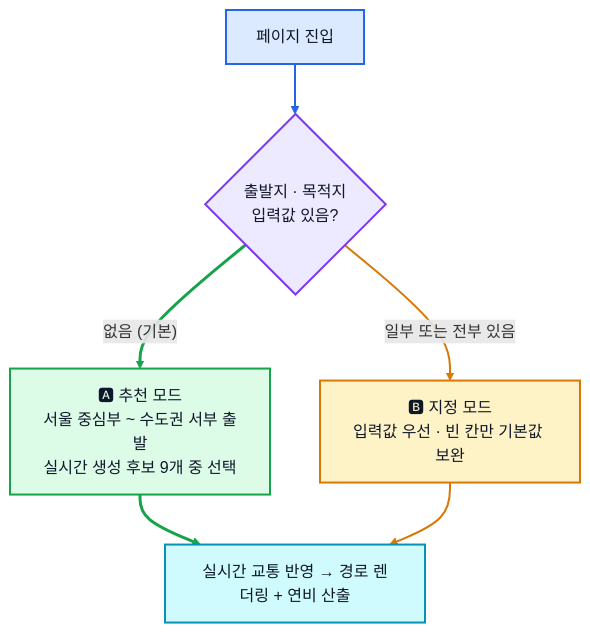
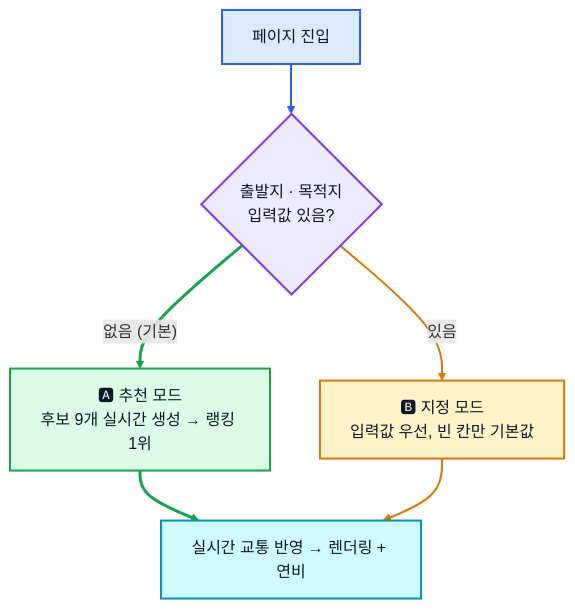
One commit to rome777/aiffel_test changed the first of 4 diagrams in README.md. Above: the diagram before and after it, drawn with Mermaid. The commit also changed other lines of this file and 1 other file, not shown here.

````diff
--- a/README.md
+++ b/README.md
@@ -26,24 +18,22 @@
 ```mermaid
 graph TD
     A["페이지 진입"] --> B{"출발지 · 목적지<br/>입력값 있음?"}
-    B -- "없음 (기본)" --> C["🅰 추천 모드<br/>서울 중심부 ~ 수도권 서부 출발<br/>실시간 생성 후보 9개 중 선택"]
-    B -- "일부 또는 전부 있음" --> D["🅱 지정 모드<br/>입력값 우선 · 빈 칸만 기본값 보완"]
-    C --> E["실시간 교통 반영 → 경로 렌더링 + 연비 산출"]
+    B -- "없음 (기본)" --> C["🅰 추천 모드<br/>후보 9개 실시간 생성 → 랭킹 1위"]
+    B -- "있음" --> D["🅱 지정 모드<br/>입력값 우선, 빈 칸만 기본값"]
+    C --> E["실시간 교통 반영 → 렌더링 + 연비"]
     D --> E
 
-    classDef entry  fill:#dbeafe,stroke:#2563eb,stroke-width:2px,color:#0f172a
+    classDef entry fill:#dbeafe,stroke:#2563eb,stroke-width:2px,color:#0f172a
     classDef decide fill:#ede9fe,stroke:#7c3aed,stroke-width:2px,color:#0f172a
-    classDef rec    fill:#dcfce7,stroke:#16a34a,stroke-width:2px,color:#0f172a
+    classDef rec fill:#dcfce7,stroke:#16a34a,stroke-width:2px,color:#0f172a
     classDef manual fill:#fef3c7,stroke:#d97706,stroke-width:2px,color:#0f172a
-    classDef out    fill:#cffafe,stroke:#0891b2,stroke-width:2px,color:#0f172a
-
+    classDef out fill:#cffafe,stroke:#0891b2,stroke-width:2px,color:#0f172a
     class A entry
     class B decide
     class C rec
     class D manual
     class E out
-
     linkStyle 0 stroke:#2563eb,stroke-width:2px
     linkStyle 1,3 stroke:#16a34a,stroke-width:3px
     linkStyle 2,4 stroke:#d97706,stroke-width:2px
 ```
````
